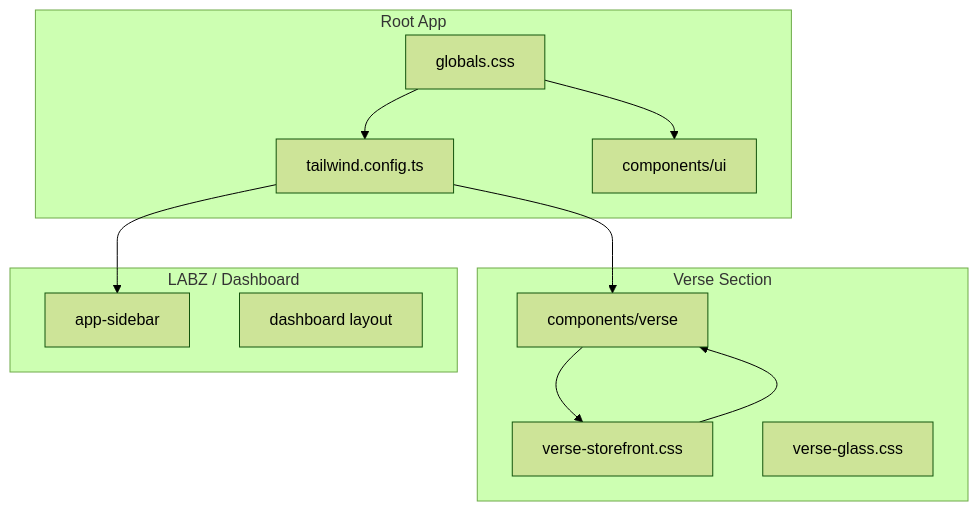
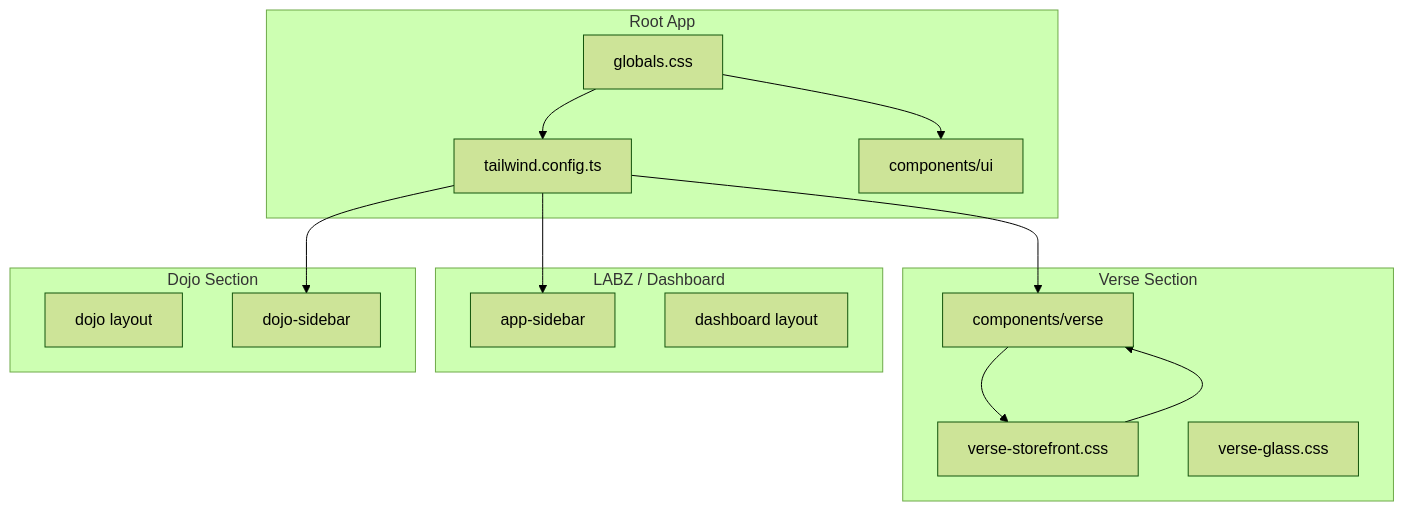
One commit to MOODMNKY-LLC/mood-mnky-command changed the diagram in docs/DESIGN-SYSTEM.md. Above: the diagram before and after it, drawn with Mermaid (forest theme). The commit also changed other lines of this file and 16 other files, not shown here.

First line of the commit message:
feat(dojo): implement Dojo section MVP - standalone /dojo route with sidebar dashboard

````diff
--- a/docs/DESIGN-SYSTEM.md
+++ b/docs/DESIGN-SYSTEM.md
@@ -7,23 +7,28 @@
 ```mermaid
 flowchart TB
     subgraph Root [Root App]
         globals[globals.css]
         tailwind[tailwind.config.ts]
         shadcn[components/ui]
     end
     subgraph Verse [Verse Section]
         verseCss[verse-storefront.css]
         verseGlass[verse-glass.css]
         verseComps[components/verse]
     end
     subgraph Labz [LABZ / Dashboard]
         appSidebar[app-sidebar]
         dashboardLayout[dashboard layout]
     end
+    subgraph Dojo [Dojo Section]
+        dojoLayout[dojo layout]
+        dojoSidebar[dojo-sidebar]
+    end
     globals --> tailwind
     globals --> shadcn
     verseCss --> verseComps
     verseComps --> verseCss
     tailwind --> verseComps
     tailwind --> appSidebar
+    tailwind --> dojoSidebar
 ```
````
